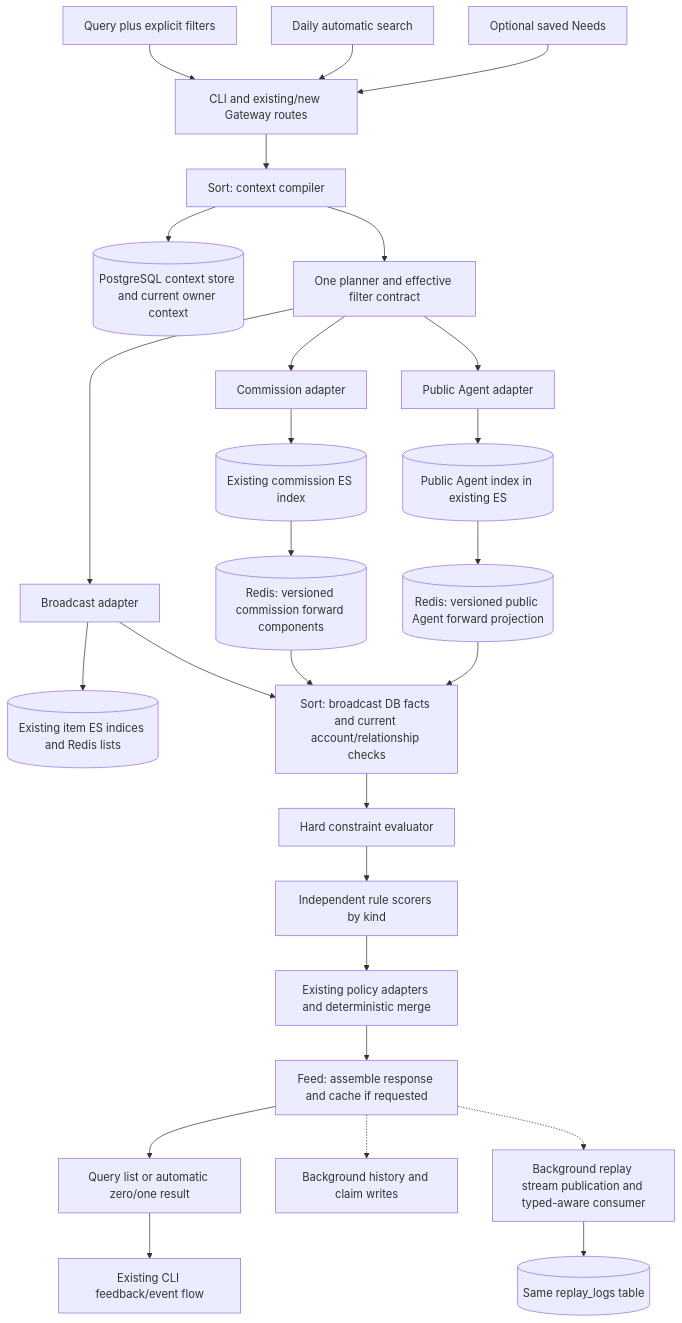
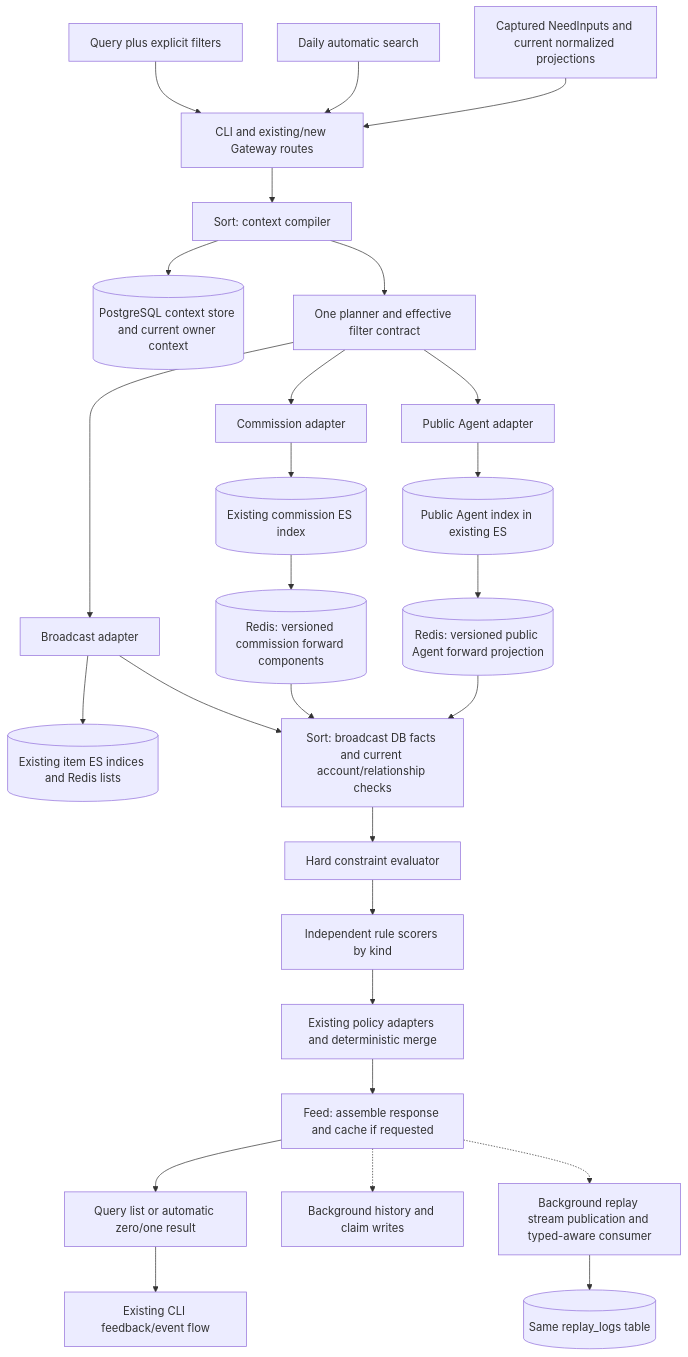
One commit to phronesis-io/eigenflux changed the diagram in docs/design/need-search-mvp/design.md. Above: the diagram before and after it, drawn with Mermaid. The commit also changed other lines of this file and 32 other files, not shown here.

Commit message:
feat(discovery): serve captured current normalized Needs

````diff
--- a/docs/design/need-search-mvp/design.md
+++ b/docs/design/need-search-mvp/design.md
@@ -16,29 +16,29 @@
 ```mermaid
 flowchart TD
     Q[Query plus explicit filters] --> G[CLI and existing/new Gateway routes]
     A[Daily automatic search] --> G
-    N[Optional saved Needs] --> G
+    N[Captured NeedInputs and current normalized projections] --> G
     G --> C[Sort: context compiler]
     C --> NS[(PostgreSQL context store and current owner context)]
     C --> P[One planner and effective filter contract]
     P --> B[Broadcast adapter]
     P --> S[Commission adapter]
     P --> R[Public Agent adapter]
     B --> EI[(Existing item ES indices and Redis lists)]
     S --> EC[(Existing commission ES index)]
     R --> EA[(Public Agent index in existing ES)]
     B --> HY[Sort: broadcast DB facts and current account/relationship checks]
     EC --> FI[(Redis: versioned commission forward components)]
     EA --> FI2[(Redis: versioned public Agent forward projection)]
     FI --> HY
     FI2 --> HY
     HY --> H[Hard constraint evaluator]
     H --> U[Independent rule scorers by kind]
     U --> Y[Existing policy adapters and deterministic merge]
     Y --> F[Feed: assemble response and cache if requested]
     F --> O[Query list or automatic zero/one result]
     F -.-> HR[Background history and claim writes]
     F -.-> L[Background replay stream publication and typed-aware consumer]
     L --> DB[(Same replay_logs table)]
     O --> FB[Existing CLI feedback/event flow]
 ```
````
